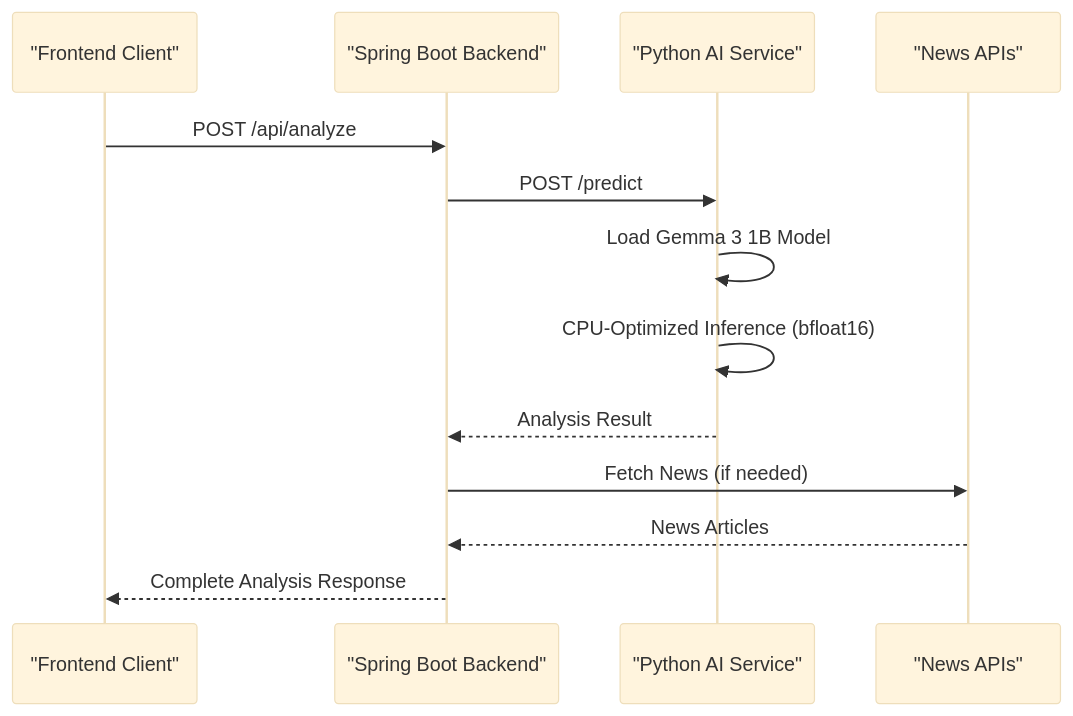
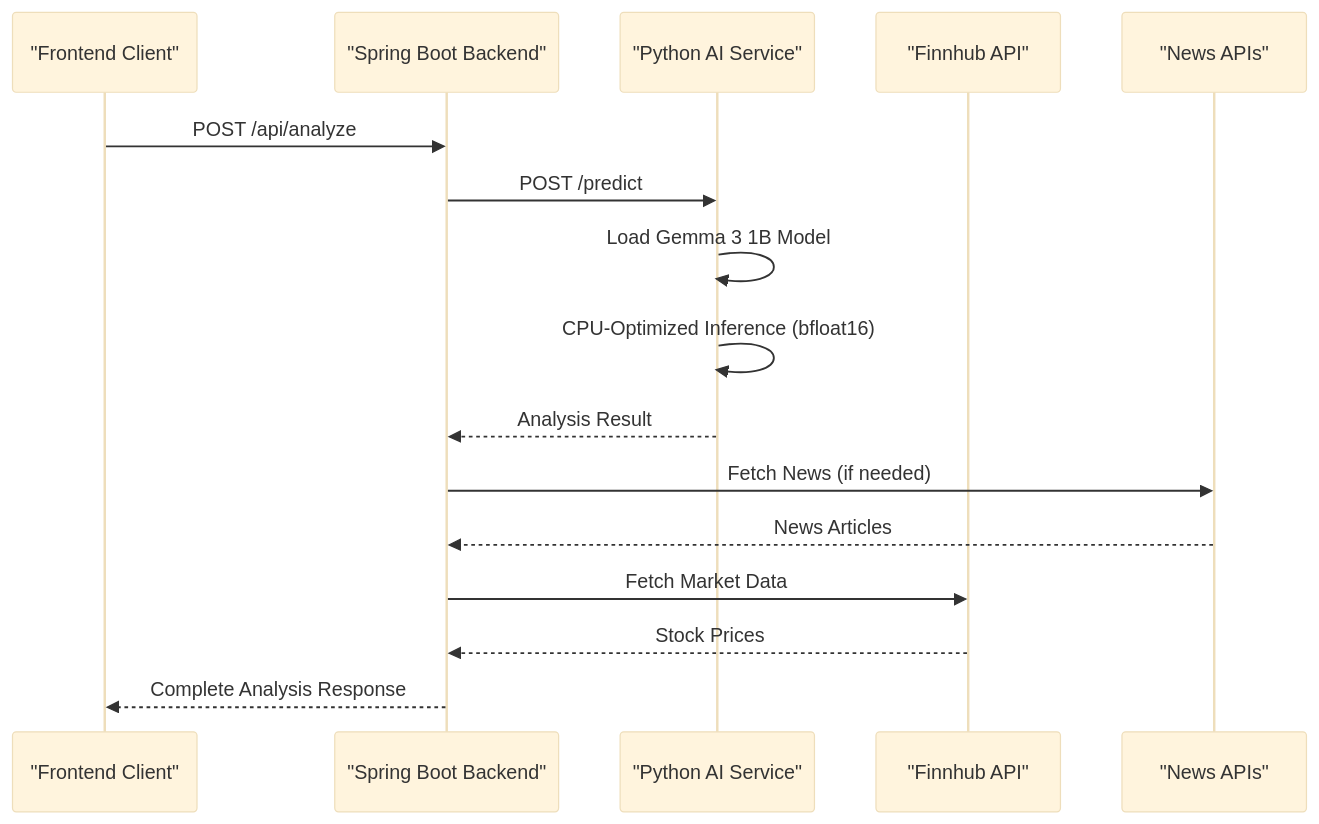
The second of 2 diagrams in .qoder/repowiki/en/content/Core Architecture.md (ayushtiwari1526/TheReinforcers_AyushTiwari), drawn with Mermaid (base theme) before and after one commit. The commit also changed other lines of this file and 9 other files, not shown here.

````diff
--- a/.qoder/repowiki/en/content/Core Architecture.md
+++ b/.qoder/repowiki/en/content/Core Architecture.md
@@ -147,15 +160,18 @@
 ```mermaid
 sequenceDiagram
 participant Client as "Frontend Client"
 participant Backend as "Spring Boot Backend"
 participant AIService as "Python AI Service"
+participant FinnhubAPI as "Finnhub API"
 participant ExternalAPI as "News APIs"
 Client->>Backend : POST /api/analyze
 Backend->>AIService : POST /predict
 AIService->>AIService : Load Gemma 3 1B Model
 AIService->>AIService : CPU-Optimized Inference (bfloat16)
 AIService-->>Backend : Analysis Result
 Backend->>ExternalAPI : Fetch News (if needed)
 ExternalAPI-->>Backend : News Articles
+Backend->>FinnhubAPI : Fetch Market Data
+FinnhubAPI-->>Backend : Stock Prices
 Backend-->>Client : Complete Analysis Response
 ```
````
